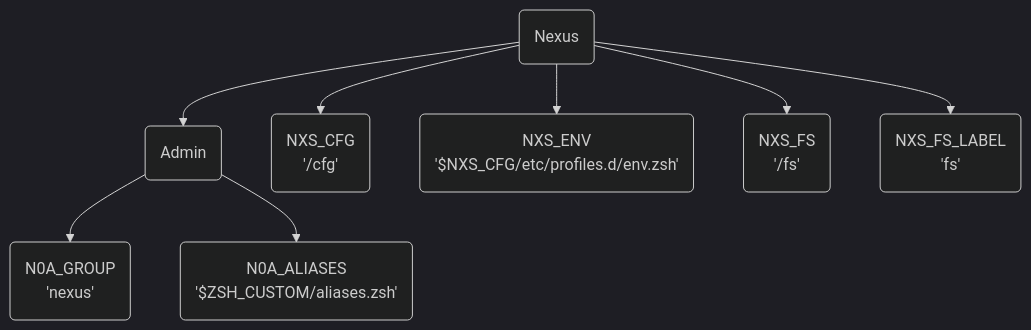
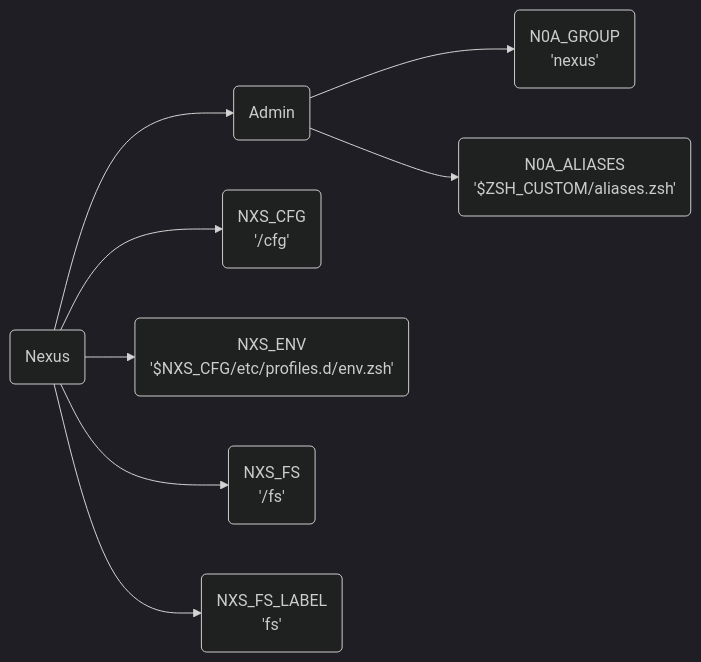
Before and after one commit to agenkit/GHost: the diagram in setup/basic.md, drawn with Mermaid (dark theme).

````diff
--- a/setup/basic.md
+++ b/setup/basic.md
@@ -35,15 +35,15 @@
 ```mermaid
-graph TB
+graph LR
    n("Nexus")
    a("Admin")
    cfg("NXS_CFG<br>'/cfg'")
    env("NXS_ENV<br>'$NXS_CFG/etc/profiles.d/env.zsh'")
    fs("NXS_FS<br>'/fs'")
    fsl("NXS_FS_LABEL<br>'fs'")
    grp("N0A_GROUP<br>'nexus'")
    as("N0A_ALIASES<br>'$ZSH_CUSTOM/aliases.zsh'")
 
    n --> env & fs & fsl & cfg
    n --> a
    a --> grp & as
 ```
````
